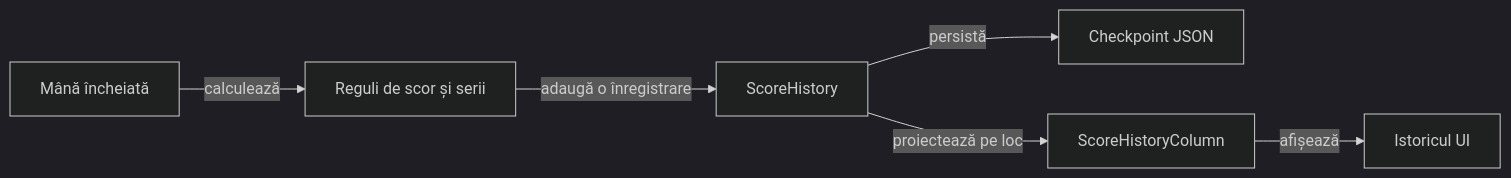
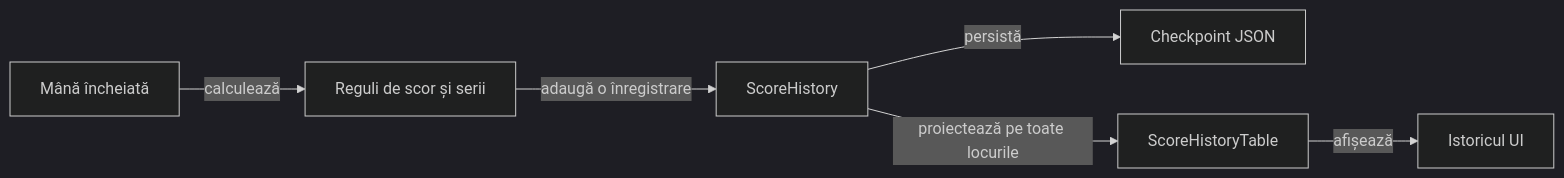
Before and after one commit to crististefanita/atf_j4: the diagram in docs/game/ATF_ScoreHistory.md, drawn with Mermaid (dark theme). The commit also changed other lines of this file and 302 other files, not shown here.

````diff
--- a/docs/game/ATF_ScoreHistory.md
+++ b/docs/game/ATF_ScoreHistory.md
@@ -9,8 +9,8 @@
 ```mermaid
 flowchart LR
     END[Mână încheiată] -->|calculează| SCORE[Reguli de scor și serii]
     SCORE -->|adaugă o înregistrare| HISTORY[ScoreHistory]
     HISTORY -->|persistă| STORE[Checkpoint JSON]
-    HISTORY -->|proiectează pe loc| COLUMN[ScoreHistoryColumn]
+    HISTORY -->|proiectează pe toate locurile| COLUMN[ScoreHistoryTable]
     COLUMN -->|afișează| VIEW[Istoricul UI]
 ```
````
